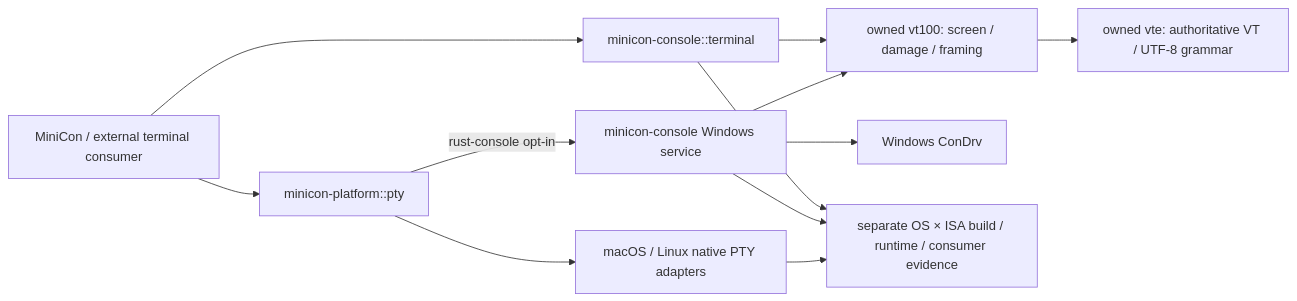
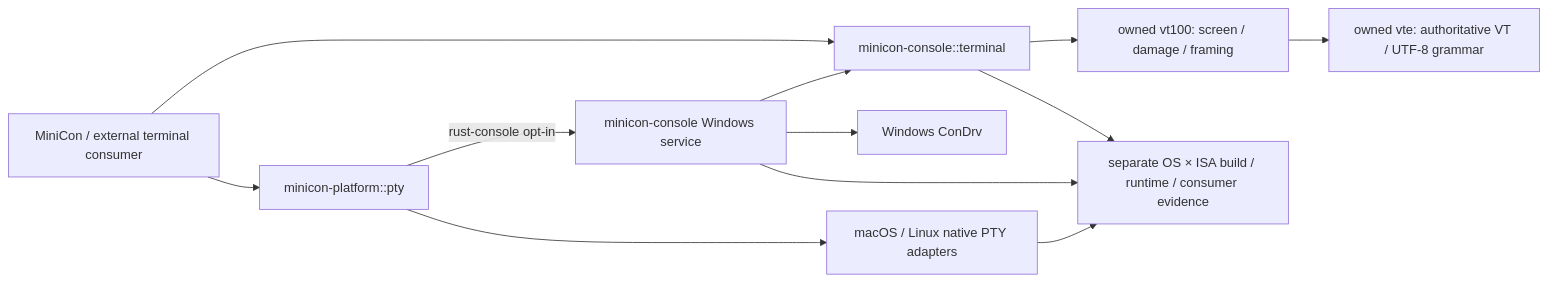
One commit to partnernetsoftware/minicon changed the diagram in prd/PRD_02_35_terminal_library.md. Above: the diagram before and after it, drawn with Mermaid. The commit also changed other lines of this file and 8 other files, not shown here.

````diff
--- a/prd/PRD_02_35_terminal_library.md
+++ b/prd/PRD_02_35_terminal_library.md
@@ -34,12 +39,12 @@
 ```mermaid
 flowchart LR
     APP["MiniCon / external terminal consumer"] --> COMMON["minicon-console::terminal"]
     COMMON --> VT["owned vt100: screen / damage / framing"]
     VT --> VTE["owned vte: authoritative VT / UTF-8 grammar"]
     APP --> PLATFORM["minicon-platform::pty"]
     PLATFORM -->|"rust-console opt-in"| WIN["minicon-console Windows service"]
-    WIN --> VT
+    WIN --> COMMON
     WIN --> KERNEL["Windows ConDrv"]
     PLATFORM --> POSIX["macOS / Linux native PTY adapters"]
     COMMON & WIN & POSIX --> E["separate OS × ISA build / runtime / consumer evidence"]
 ```
````
